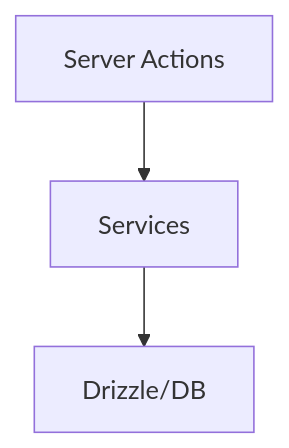
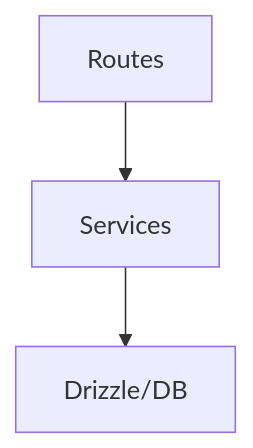
One commit to gvastethecreator/media-manager changed the diagram in src/services/README.md. Above: the diagram before and after it, drawn with Mermaid. The commit also changed other lines of this file and 104 other files, not shown here.

Commit message:
docs: initialize comprehensive architectural documentation and component-level README files across the repository.

````diff
--- a/src/services/README.md
+++ b/src/services/README.md
@@ -12,5 +13,5 @@
 ```mermaid
 flowchart TD
-    A[Server Actions] --> B[Services]
+    A[Routes] --> B[Services]
     B --> C[Drizzle/DB]
 ```
````
